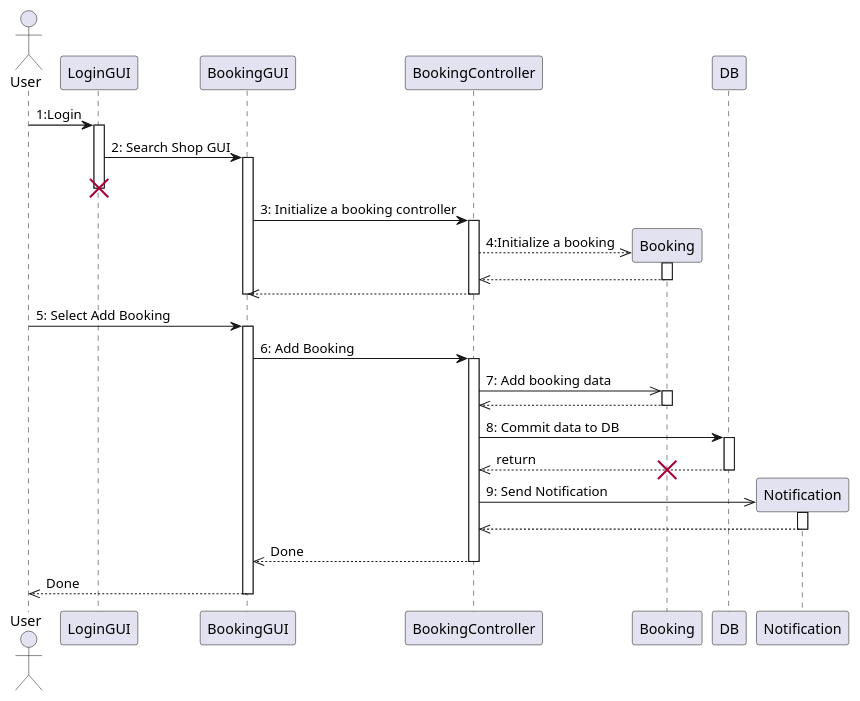
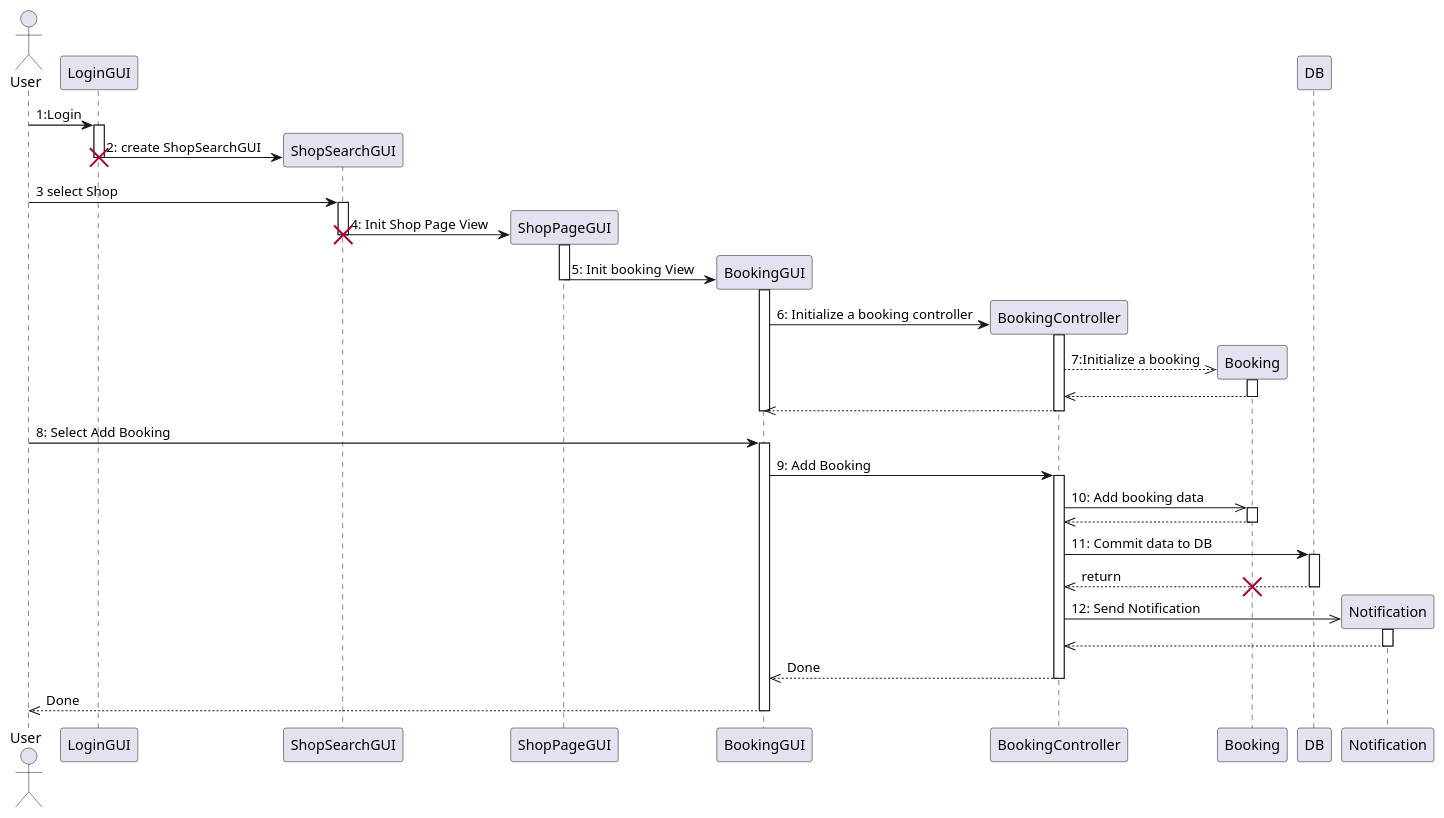
Before and after one commit to GiuEliNo/JustIT: the diagram in doc/sequence_diagram/SD_Booking.md, drawn with PlantUML. The commit also changed 1 other file, not shown here.

Commit message:
Update Sequence, iniziato a disegnare il secondo sequence diagram per la consegna

```diff
--- a/doc/sequence_diagram/SD_Booking.md
+++ b/doc/sequence_diagram/SD_Booking.md
@@ -5,18 +5,36 @@
 User -> LoginGUI: 1:Login
 activate LoginGUI
 
-LoginGUI -> BookingGUI: 2: Search Shop GUI
-activate BookingGUI
+LoginGUI -> ShopSearchGUI **: 2: create ShopSearchGUI
+
 deactivate LoginGUI
 destroy LoginGUI
 
+deactivate ShopSearchGUI
 
-BookingGUI -> BookingController: 3: Initialize a booking controller
+
+User -> ShopSearchGUI: 3 select Shop
+activate ShopSearchGUI
+
+ShopSearchGUI -> ShopPageGUI **:4: Init Shop Page View
+activate ShopPageGUI
+deactivate ShopSearchGUI
+destroy ShopSearchGUI
+
+ShopPageGUI -> BookingGUI **: 5: Init booking View
+
+activate BookingGUI
+deactivate ShopPageGUI
+
+
+
+
+BookingGUI -> BookingController **: 6: Initialize a booking controller
 
 activate BookingController
 
 
-BookingController -->> Booking **: 4:Initialize a booking
+BookingController -->> Booking **: 7:Initialize a booking
 activate Booking
 
 Booking -->> BookingController
@@ -26,23 +44,22 @@
 
 
 deactivate BookingController
-
 deactivate BookingGUI
 
 
-User -> BookingGUI: 5: Select Add Booking
+User -> BookingGUI: 8: Select Add Booking
 activate BookingGUI
 
-BookingGUI -> BookingController: 6: Add Booking
+BookingGUI -> BookingController: 9: Add Booking
 activate BookingController
 
-BookingController ->> Booking: 7: Add booking data
+BookingController ->> Booking: 10: Add booking data
 activate Booking
 
 Booking -->> BookingController
 deactivate Booking
 
-BookingController -> DB: 8: Commit data to DB
+BookingController -> DB: 11: Commit data to DB
 activate DB
 DB -->> BookingController: return
 deactivate DB
@@ -50,7 +67,7 @@
 destroy Booking
 
 
-BookingController ->> Notification **: 9: Send Notification
+BookingController ->> Notification **: 12: Send Notification
 activate Notification
 
 Notification -->> BookingController
```
